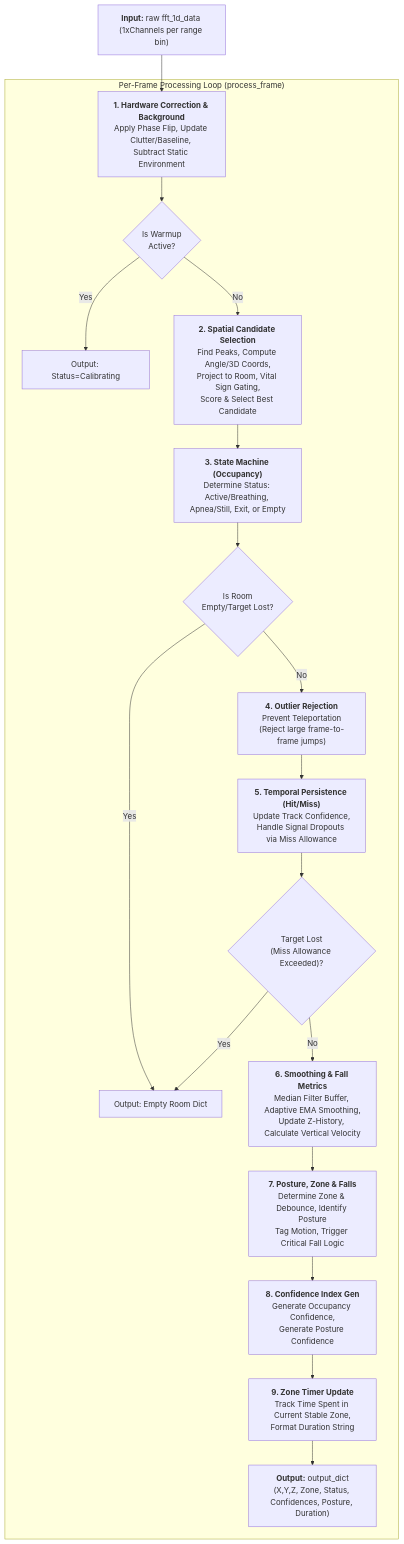
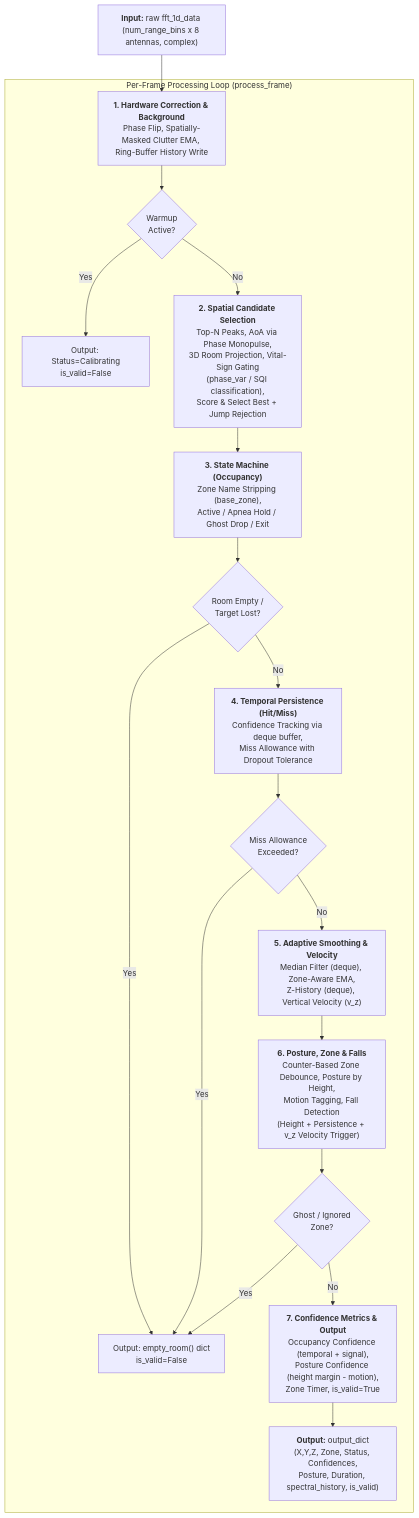
Before and after one commit to walidbrahim/activity_monitoting: the diagram in docs/diagrams/activity_full.mmd, drawn with Mermaid. The commit also changed 24 other files, not shown here.

```diff
--- a/docs/diagrams/activity_full.mmd
+++ b/docs/diagrams/activity_full.mmd
@@ -1,31 +1,32 @@
 graph TD
-    Input["<b>Input:</b> raw fft_1d_data <br/>(1xChannels per range bin)"] --> Step1
+    Input["<b>Input:</b> raw fft_1d_data <br/>(num_range_bins x 8 antennas, complex)"] --> Step1
     
     subgraph "Per-Frame Processing Loop (process_frame)"
-        Step1["<b>1. Hardware Correction & Background</b><br/>Apply Phase Flip, Update Clutter/Baseline, <br/>Subtract Static Environment"] --> Cond1
+        Step1["<b>1. Hardware Correction & Background</b><br/>Phase Flip, Spatially-Masked Clutter EMA, <br/>Ring-Buffer History Write"] --> Cond1
         
-        Cond1{"Is Warmup<br/>Active?"} -- Yes --> OutputCal["Output: Status=Calibrating"]
+        Cond1{"Warmup<br/>Active?"} -- Yes --> OutputCal["Output: Status=Calibrating<br/>is_valid=False"]
         Cond1 -- No --> Step2
         
-        Step2["<b>2. Spatial Candidate Selection</b><br/>Find Peaks, Compute Angle/3D Coords,<br/>Project to Room, Vital Sign Gating,<br/>Score & Select Best Candidate"] --> Step3
+        Step2["<b>2. Spatial Candidate Selection</b><br/>Top-N Peaks, AoA via Phase Monopulse,<br/>3D Room Projection, Vital-Sign Gating<br/>(phase_var / SQI classification),<br/>Score & Select Best + Jump Rejection"] --> Step3
         
-        Step3["<b>3. State Machine (Occupancy)</b><br/>Determine Status: <br/>Active/Breathing, Apnea/Still, Exit, or Empty"] --> Cond2
+        Step3["<b>3. State Machine (Occupancy)</b><br/>Zone Name Stripping (base_zone),<br/>Active / Apnea Hold / Ghost Drop / Exit"] --> Cond2
         
-        Cond2{"Is Room<br/>Empty/Target Lost?"} -- Yes --> OutputEmpty["Output: Empty Room Dict"]
+        Cond2{"Room Empty /<br/>Target Lost?"} -- Yes --> OutputEmpty["Output: empty_room() dict<br/>is_valid=False"]
         Cond2 -- No --> Step4
         
-        Step4["<b>4. Outlier Rejection</b><br/>Prevent Teleportation<br/>(Reject large frame-to-frame jumps)"] --> Step5
+        Step4["<b>4. Temporal Persistence (Hit/Miss)</b><br/>Confidence Tracking via deque buffer,<br/>Miss Allowance with Dropout Tolerance"] --> Cond3
         
-        Step5["<b>5. Temporal Persistence (Hit/Miss)</b><br/>Update Track Confidence,<br/>Handle Signal Dropouts via Miss Allowance"] --> Cond3
+        Cond3{"Miss Allowance<br/>Exceeded?"} -- Yes --> OutputEmpty
+        Cond3 -- No --> Step5
         
-        Cond3{"Target Lost<br/>(Miss Allowance Exceeded)?"} -- Yes --> OutputEmpty
-        Cond3 -- No --> Step6
+        Step5["<b>5. Adaptive Smoothing & Velocity</b><br/>Median Filter (deque), Zone-Aware EMA,<br/>Z-History (deque), Vertical Velocity (v_z)"] --> Step6
         
-        Step6["<b>6. Smoothing & Fall Metrics</b><br/>Median Filter Buffer, Adaptive EMA Smoothing,<br/>Update Z-History, Calculate Vertical Velocity"] --> Step7
+        Step6["<b>6. Posture, Zone & Falls</b><br/>Counter-Based Zone Debounce, Posture by Height,<br/>Motion Tagging, Fall Detection<br/>(Height + Persistence + v_z Velocity Trigger)"] --> Cond4
         
-        Step7["<b>7. Posture, Zone & Falls</b><br/>Determine Zone & Debounce, Identify Posture<br/>Tag Motion, Trigger Critical Fall Logic"] --> Step8
+        Cond4{"Ghost / Ignored<br/>Zone?"} -- Yes --> OutputEmpty
+        Cond4 -- No --> Step7
         
-        Step8["<b>8. Confidence Index Gen</b><br/>Generate Occupancy Confidence,<br/>Generate Posture Confidence"] --> Step9
+        Step7["<b>7. Confidence Metrics & Output</b><br/>Occupancy Confidence (temporal + signal),<br/>Posture Confidence (height margin - motion),<br/>Zone Timer, is_valid=True"] --> OutputFinal
         
-        Step9["<b>9. Zone Timer Update</b><br/>Track Time Spent in Current Stable Zone,<br/>Format Duration String"] --> OutputFinal["<b>Output:</b> output_dict<br/>(X,Y,Z, Zone, Status, Confidences, Posture, Duration)"]
+        OutputFinal["<b>Output:</b> output_dict<br/>(X,Y,Z, Zone, Status, Confidences,<br/>Posture, Duration, spectral_history, is_valid)"]
     end
```
